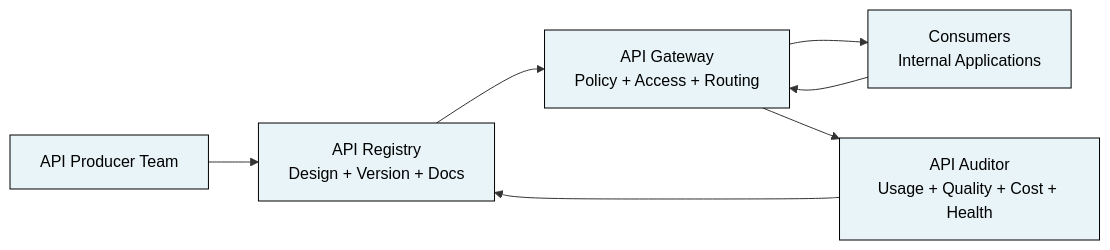
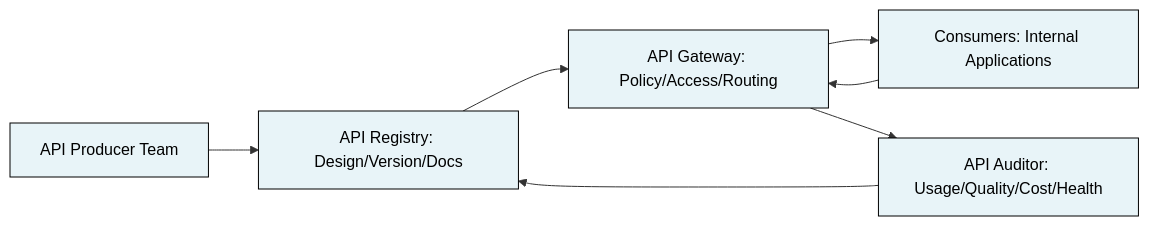
Before and after one commit to barbecuesteve/api-governance: the first of 2 diagrams in README.md, drawn with Mermaid. The commit also changed other lines of this file, not shown here.

Commit message:
minor formatting tweaks

```diff
--- a/README.md
+++ b/README.md
@@ -116,10 +116,10 @@
 <pre class="mermaid">
 %%{init: {'theme':'base', 'themeVariables': { 'primaryColor':'#e8f4f8','primaryTextColor':'#000','primaryBorderColor':'#000','lineColor':'#333'}}}%%
 flowchart LR
-A[API Producer Team] --> B[API Registry<br/>Design + Version + Docs]
-B --> C[API Gateway<br/>Policy + Access + Routing]
-C --> D[Consumers<br/>Internal Applications]
+A[API Producer Team] --> B[API Registry: Design/Version/Docs]
+B --> C[API Gateway: Policy/Access/Routing]
+C --> D[Consumers: Internal Applications]
 D --> C
-C --> E[API Auditor<br/>Usage + Quality + Cost + Health]
+C --> E[API Auditor: Usage/Quality/Cost/Health]
 E --> B
 </pre>
```
